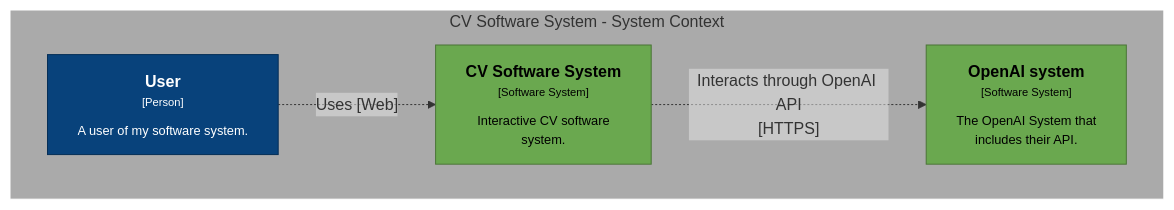
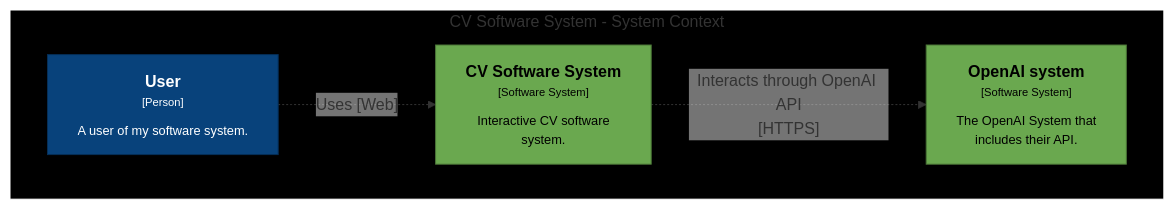
Before and after one commit to alexknips/nextjs-cv: the first of 3 diagrams in README.md, drawn with Mermaid.

````diff
--- a/README.md
+++ b/README.md
@@ -16,18 +16,18 @@
 ```mermaid
 graph TB
-  linkStyle default fill:#000000
+  linkStyle default fill:#ffffff
 
   subgraph diagram ["CV Software System - System Context"]
-    style diagram fill:#aaaaaa,stroke:#ffffff
+    style diagram fill:#000000,stroke:#ffffff
 
     2["<div style='font-weight: bold'>User</div><div style='font-size: 70%; margin-top: 0px'>[Person]</div><div style='font-size: 80%; margin-top:10px'>A user of my software system.</div>"]
     style 2 fill:#08427b,stroke:#052e56,color:#ffffff
     3["<div style='font-weight: bold'>OpenAI system</div><div style='font-size: 70%; margin-top: 0px'>[Software System]</div><div style='font-size: 80%; margin-top:10px'>The OpenAI System that<br />includes their API.</div>"]
     style 3 fill:#6aa84f,stroke:#4a7537,color:#000000
     4["<div style='font-weight: bold'>CV Software System</div><div style='font-size: 70%; margin-top: 0px'>[Software System]</div><div style='font-size: 80%; margin-top:10px'>Interactive CV software<br />system.</div>"]
     style 4 fill:#6aa84f,stroke:#4a7537,color:#000000
 
     2-. "<div>Uses [Web]</div><div style='font-size: 70%'></div>" .->4
     4-. "<div>Interacts through OpenAI API<br />[HTTPS]</div><div style='font-size: 70%'></div>" .->3
   end
 ```
````
